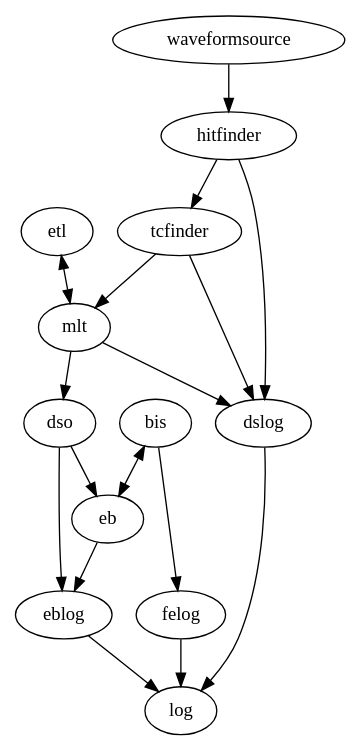
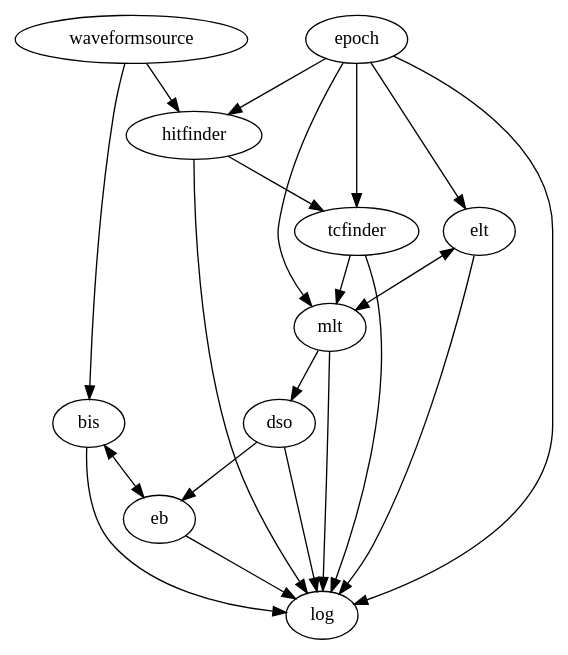
One commit to brettviren/digrex changed the diagram in dots/big-picture.dot. Above: the diagram before and after it, drawn with Graphviz. The commit also changed 2 other files, not shown here.

```diff
--- a/dots/big-picture.dot
+++ b/dots/big-picture.dot
@@ -1,21 +1,25 @@
 digraph bp {
         waveformsource->hitfinder->tcfinder->mlt;
-        etl->mlt[dir=both];
+        elt->mlt[dir=both];
+        waveformsource->bis;
         bis->eb[dir=both]
         dso->eb;
         mlt->dso;
 
-        felog->log;
-        dslog->log;
-        eblog->log;
+        bis->log;
 
-        bis->felog;
+        hitfinder->log;
+        tcfinder->log;
+        mlt->log;
 
-        hitfinder->dslog;
-        tcfinder->dslog;
-        mlt->dslog;
+        elt->log;
+        eb->log;
+        dso->log;
+        
+        epoch->hitfinder
+        epoch->tcfinder
+        epoch->elt
+        epoch->mlt
+        epoch->log
 
-        eb->eblog;
-        dso->eblog;
-        
 }
```
